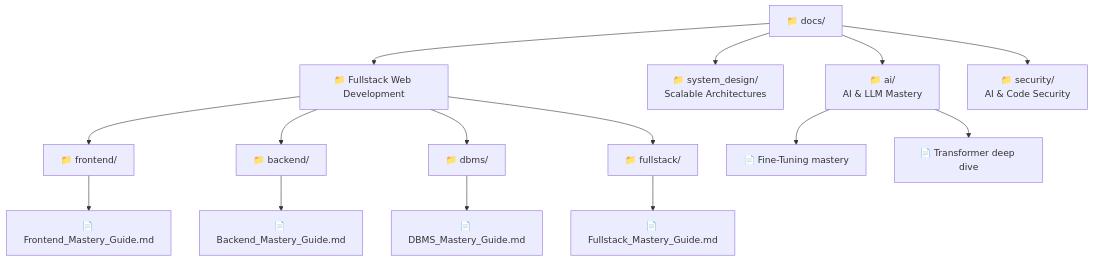
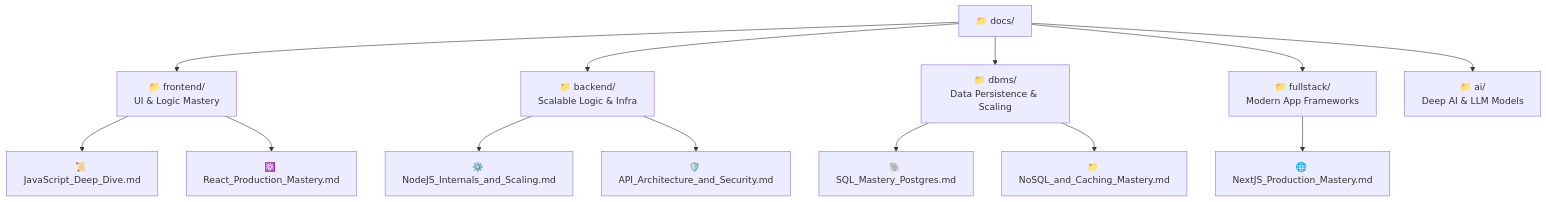
The first of 2 diagrams in docs/README.md (Sameer-Malik20/SusaGPT-Build-LLM-From-Scratch-With-Hinglish-Learning-Material), drawn with Mermaid before and after one commit. The commit also changed other lines of this file and 15 other files, not shown here.

````diff
--- a/docs/README.md
+++ b/docs/README.md
@@ -8,20 +8,16 @@
 ```mermaid
 flowchart TD
-    DOCS["📁 docs/"] --> AI["📁 ai/\nAI & LLM Mastery"]
-    DOCS --> SDESIGN["📁 system_design/\nScalable Architectures"]
-    DOCS --> WEB["📁 Fullstack Web Development"]
-    DOCS --> SEC["📁 security/\nAI & Code Security"]
+    DOCS["📁 docs/"] --> FE["📁 frontend/\nUI & Logic Mastery"]
+    DOCS --> BE["📁 backend/\nScalable Logic & Infra"]
+    DOCS --> DB["📁 dbms/\nData Persistence & Scaling"]
+    DOCS --> FS["📁 fullstack/\nModern App Frameworks"]
+    DOCS --> AI["📁 ai/\nDeep AI & LLM Models"]
 
-    WEB --> FRONT["📁 frontend/"]
-    WEB --> BACK["📁 backend/"]
-    WEB --> DBMS["📁 dbms/"]
-    WEB --> FS["📁 fullstack/"]
-
-    AI --> FT["📄 Fine-Tuning mastery"]
-    AI --> TRANS["📄 Transformer deep dive"]
-    
-    FRONT --> FM["📄 Frontend_Mastery_Guide.md"]
-    BACK --> BM["📄 Backend_Mastery_Guide.md"]
-    DBMS --> DM["📄 DBMS_Mastery_Guide.md"]
-    FS --> FSM["📄 Fullstack_Mastery_Guide.md"]
+    FE --> JS["📜 JavaScript_Deep_Dive.md"]
+    FE --> RE["⚛️ React_Production_Mastery.md"]
+    BE --> ND["⚙️ NodeJS_Internals_and_Scaling.md"]
+    BE --> SEC["🛡️ API_Architecture_and_Security.md"]
+    DB --> SQL["🐘 SQL_Mastery_Postgres.md"]
+    DB --> NOSQL["📁 NoSQL_and_Caching_Mastery.md"]
+    FS --> NX["🌐 NextJS_Production_Mastery.md"]
 ```
````
